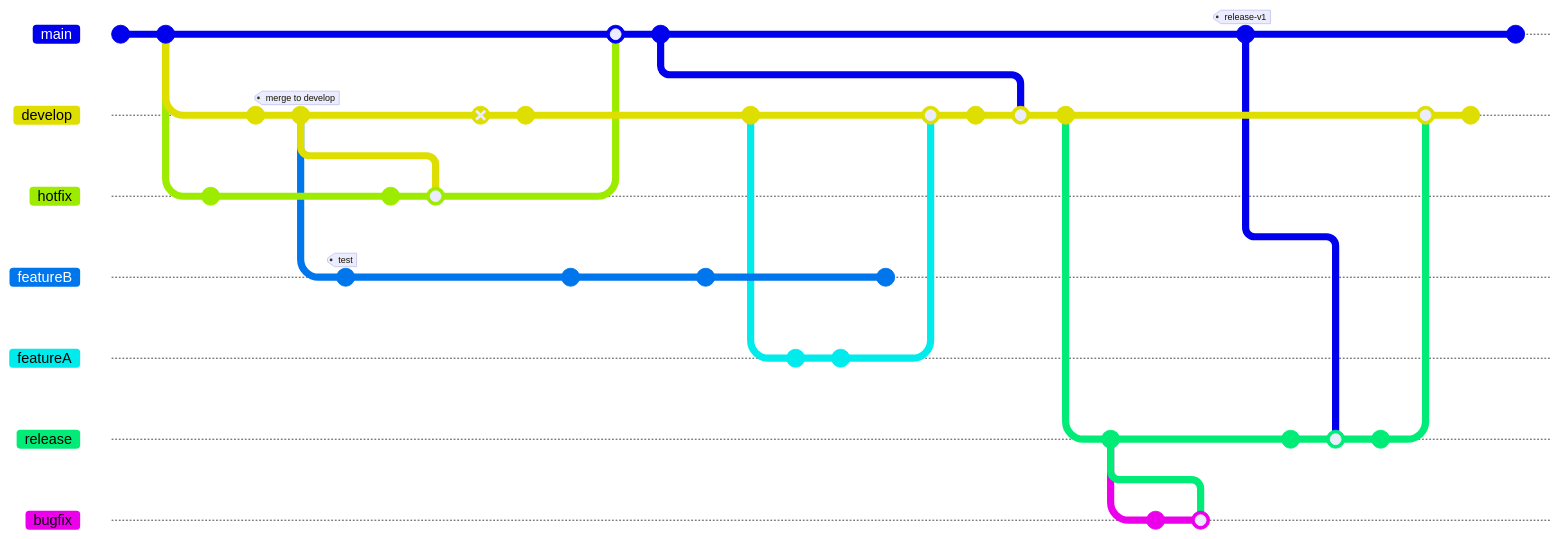
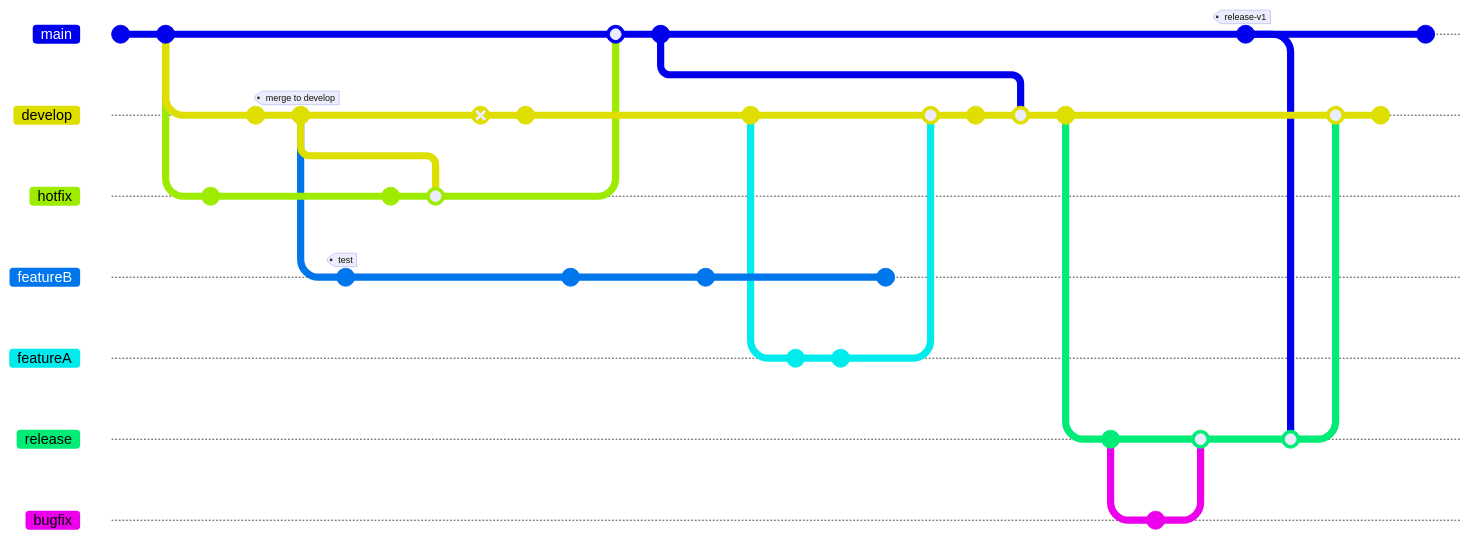
The diagram in branch.md (mevijays/training-k8s), drawn with Mermaid before and after one commit. Commit ids are hidden.

````diff
--- a/branch.md
+++ b/branch.md
@@ -2,62 +2,61 @@
  ```mermaid
        gitGraph
         commit id: "Start"
         commit id: "Branch from main"
         branch develop
         branch hotfix
         checkout hotfix
         commit
         checkout develop
         commit
         commit id:"ash" tag:"merge to develop"
         branch featureB
         checkout featureB
         commit tag:"test"
         checkout main
         checkout hotfix
         commit type:NORMAL id:"test2"
         checkout hotfix
         merge develop
         checkout develop
         commit type:REVERSE
         commit id:"vijay"
         checkout featureB
         commit
         checkout main
         merge hotfix
         commit
         checkout featureB
         commit
         checkout develop
         commit
         branch featureA
         commit
         checkout featureA
         commit
         checkout featureB
         commit
         checkout develop
         merge featureA
         commit id:"merge to main"
         checkout develop
         merge main
         commit
         branch release
         checkout release
         commit
         branch bugfix
         checkout bugfix
         commit
-        merge release
+        checkout release
+        merge bugfix
         checkout main
         commit id:"release-v1" tag:"release-v1"
         checkout release
-        commit
         merge main
-        commit
         checkout develop
         merge release
         commit
         checkout main
         commit
  ```
````
